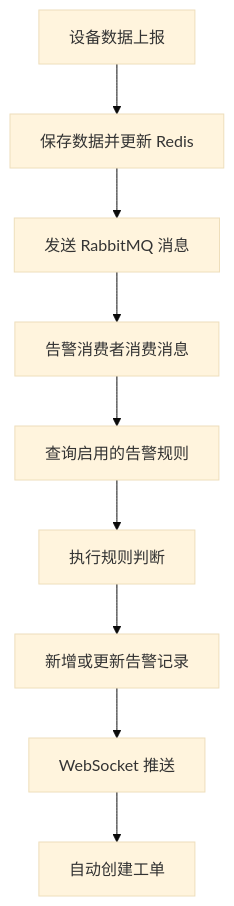
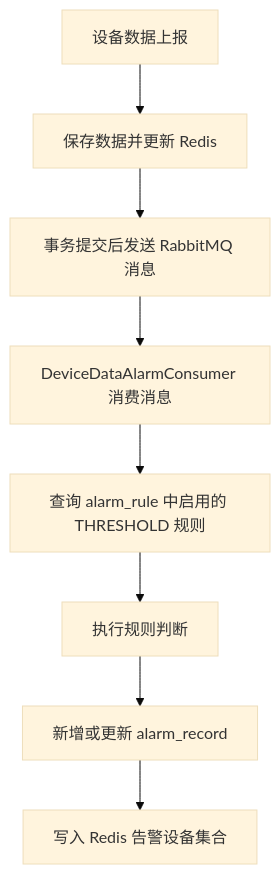
Before and after one commit to ccbcc11/charge-monitor-platform: the third of 4 diagrams in docs/05-告警规则设计.md, drawn with Mermaid (base theme). The commit also changed other lines of this file and 18 other files, not shown here.

Commit message:
feat: cache enabled alarm rules with Redis

````diff
--- a/docs/05-告警规则设计.md
+++ b/docs/05-告警规则设计.md
@@ -199,11 +205,10 @@
 ```mermaid
 flowchart TD
     A[设备数据上报] --> B[保存数据并更新 Redis]
-    B --> C[发送 RabbitMQ 消息]
-    C --> D[告警消费者消费消息]
-    D --> E[查询启用的告警规则]
+    B --> C[事务提交后发送 RabbitMQ 消息]
+    C --> D[DeviceDataAlarmConsumer 消费消息]
+    D --> E[查询 alarm_rule 中启用的 THRESHOLD 规则]
     E --> F[执行规则判断]
-    F --> G[新增或更新告警记录]
-    G --> H[WebSocket 推送]
-    H --> I[自动创建工单]
+    F --> G[新增或更新 alarm_record]
+    G --> H[写入 Redis 告警设备集合]
 ```
````
